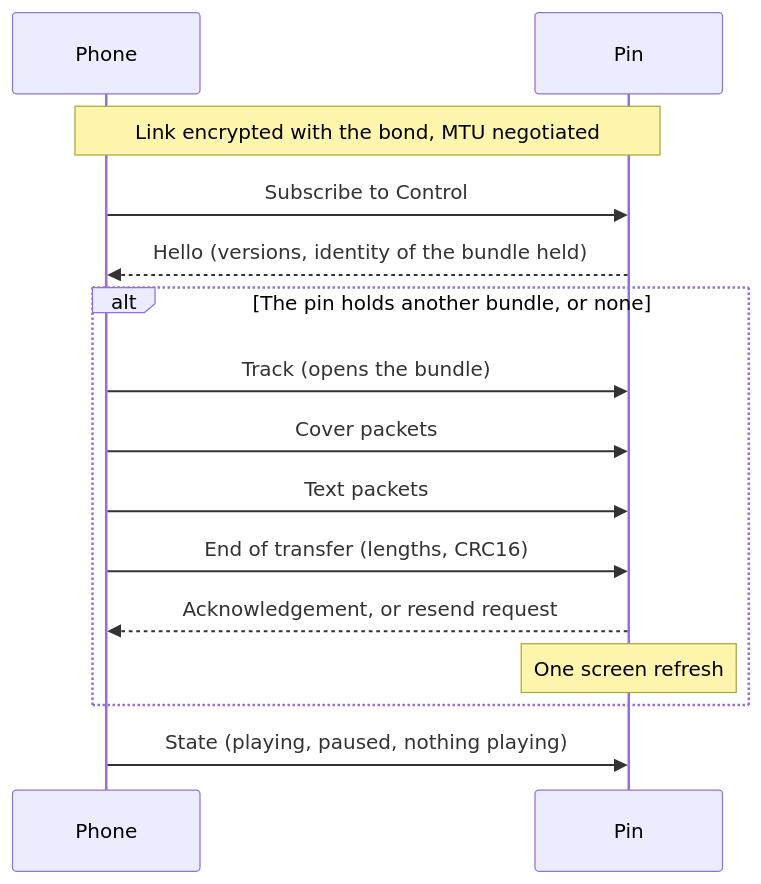
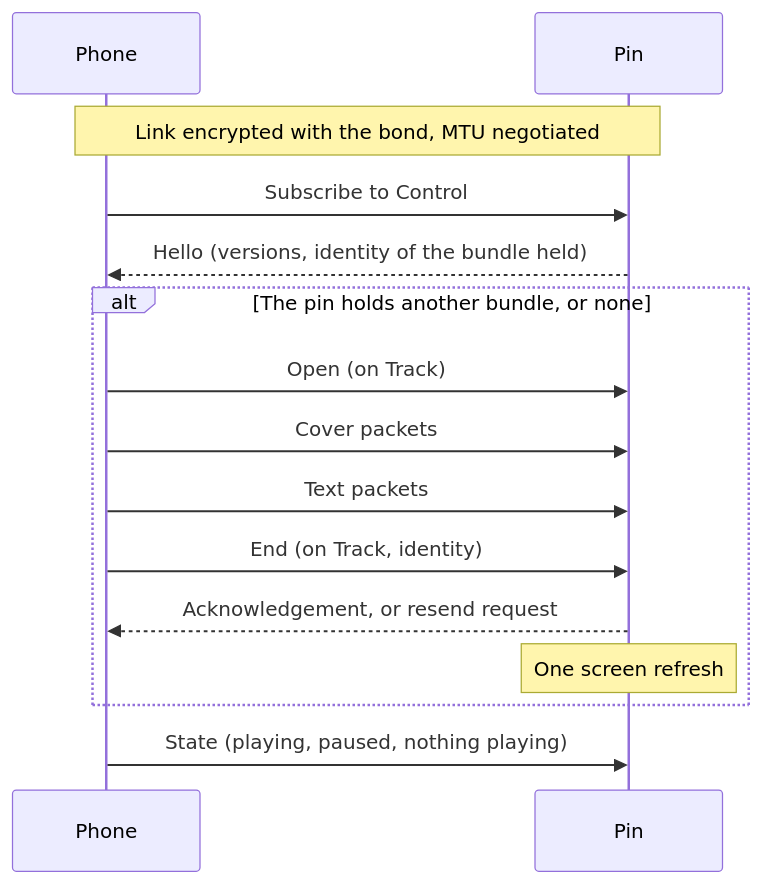
The diagram in docs/protocol.md (FoxaxeWasTaken/Now-Playing-Pin), drawn with Mermaid before and after one commit. The commit also changed other lines of this file and 4 other files, not shown here.

````diff
--- a/docs/protocol.md
+++ b/docs/protocol.md
@@ -87,17 +225,17 @@
 ```mermaid
 sequenceDiagram
     participant Phone
     participant Pin
     Note over Phone,Pin: Link encrypted with the bond, MTU negotiated
     Phone->>Pin: Subscribe to Control
     Pin-->>Phone: Hello (versions, identity of the bundle held)
     alt The pin holds another bundle, or none
-        Phone->>Pin: Track (opens the bundle)
+        Phone->>Pin: Open (on Track)
         Phone->>Pin: Cover packets
         Phone->>Pin: Text packets
-        Phone->>Pin: End of transfer (lengths, CRC16)
+        Phone->>Pin: End (on Track, identity)
         Pin-->>Phone: Acknowledgement, or resend request
         Note over Pin: One screen refresh
     end
     Phone->>Pin: State (playing, paused, nothing playing)
 ```
````
